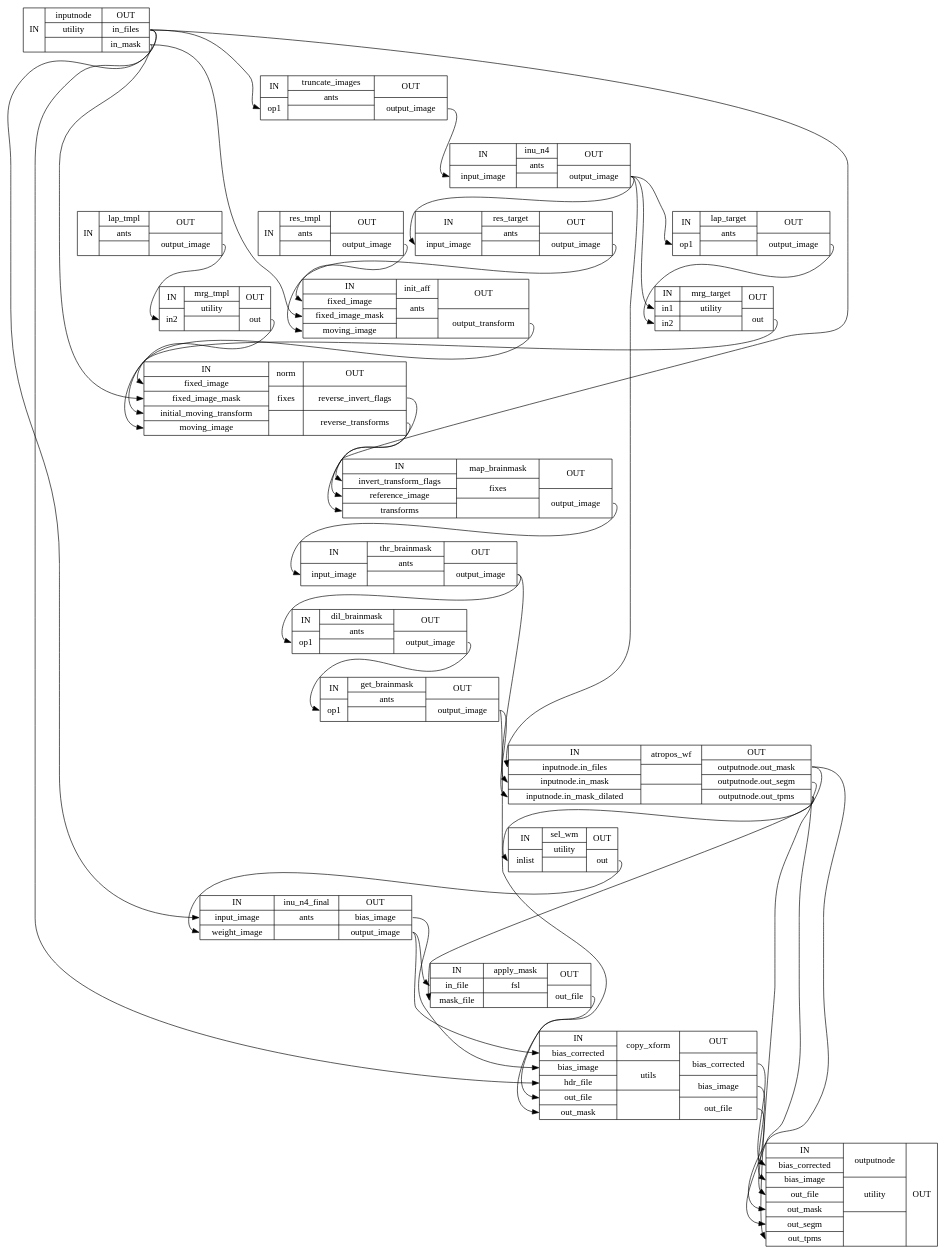
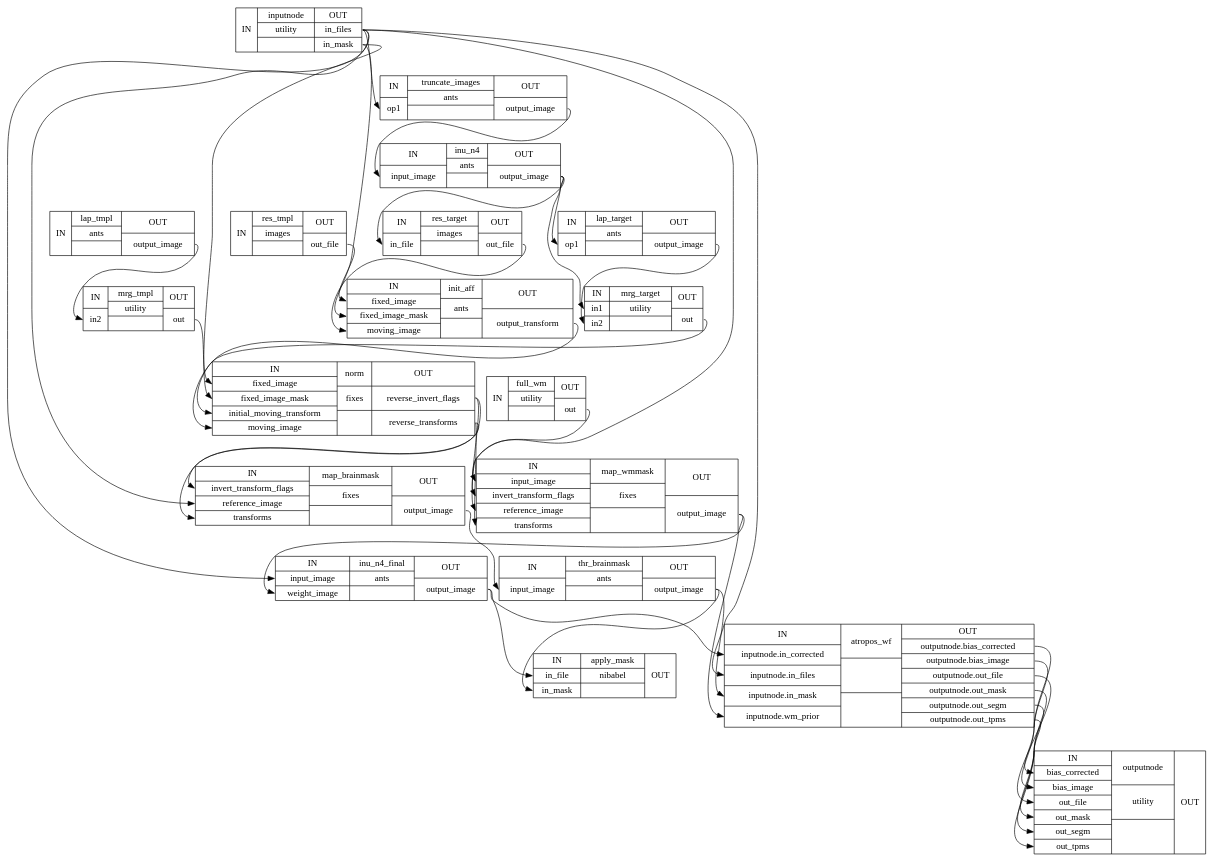
The diagram in 1.2.0/wf_directive/api/brain_extraction_wf/niworkflows-anat-ants-2_detailed.dot (notZaki/niworkflows), drawn with Graphviz before and after one commit. The commit also changed 9539 other files, not shown here.

```diff
--- a/1.2.0/wf_directive/api/brain_extraction_wf/niworkflows-anat-ants-2_detailed.dot
+++ b/1.2.0/wf_directive/api/brain_extraction_wf/niworkflows-anat-ants-2_detailed.dot
@@ -1,63 +1,58 @@
 digraph structs {
 node [shape=record];
 brain_extraction_wflap_tmpl [label="{IN}|{ lap_tmpl | ants |  }|{OUT|<outoutputimage> output_image}"];
 brain_extraction_wfmrg_tmpl [label="{IN|<inin2> in2}|{ mrg_tmpl | utility |  }|{OUT|<outout> out}"];
-brain_extraction_wfres_tmpl [label="{IN}|{ res_tmpl | ants |  }|{OUT|<outoutputimage> output_image}"];
+brain_extraction_wffull_wm [label="{IN}|{ full_wm | utility |  }|{OUT|<outout> out}"];
+brain_extraction_wfres_tmpl [label="{IN}|{ res_tmpl | images |  }|{OUT|<outoutfile> out_file}"];
 brain_extraction_wfinputnode [label="{IN}|{ inputnode | utility |  }|{OUT|<outinfiles> in_files|<outinmask> in_mask}"];
 brain_extraction_wftruncate_images [label="{IN|<inop1> op1}|{ truncate_images | ants |  }|{OUT|<outoutputimage> output_image}"];
 brain_extraction_wfinu_n4 [label="{IN|<ininputimage> input_image}|{ inu_n4 | ants |  }|{OUT|<outoutputimage> output_image}"];
 brain_extraction_wflap_target [label="{IN|<inop1> op1}|{ lap_target | ants |  }|{OUT|<outoutputimage> output_image}"];
 brain_extraction_wfmrg_target [label="{IN|<inin1> in1|<inin2> in2}|{ mrg_target | utility |  }|{OUT|<outout> out}"];
-brain_extraction_wfres_target [label="{IN|<ininputimage> input_image}|{ res_target | ants |  }|{OUT|<outoutputimage> output_image}"];
+brain_extraction_wfres_target [label="{IN|<ininfile> in_file}|{ res_target | images |  }|{OUT|<outoutfile> out_file}"];
 brain_extraction_wfinit_aff [label="{IN|<infixedimage> fixed_image|<infixedimagemask> fixed_image_mask|<inmovingimage> moving_image}|{ init_aff | ants |  }|{OUT|<outoutputtransform> output_transform}"];
 brain_extraction_wfnorm [label="{IN|<infixedimage> fixed_image|<infixedimagemask> fixed_image_mask|<ininitialmovingtransform> initial_moving_transform|<inmovingimage> moving_image}|{ norm | fixes |  }|{OUT|<outreverseinvertflags> reverse_invert_flags|<outreversetransforms> reverse_transforms}"];
+brain_extraction_wfmap_wmmask [label="{IN|<ininputimage> input_image|<ininverttransformflags> invert_transform_flags|<inreferenceimage> reference_image|<intransforms> transforms}|{ map_wmmask | fixes |  }|{OUT|<outoutputimage> output_image}"];
+brain_extraction_wfinu_n4_final [label="{IN|<ininputimage> input_image|<inweightimage> weight_image}|{ inu_n4_final | ants |  }|{OUT|<outoutputimage> output_image}"];
 brain_extraction_wfmap_brainmask [label="{IN|<ininverttransformflags> invert_transform_flags|<inreferenceimage> reference_image|<intransforms> transforms}|{ map_brainmask | fixes |  }|{OUT|<outoutputimage> output_image}"];
 brain_extraction_wfthr_brainmask [label="{IN|<ininputimage> input_image}|{ thr_brainmask | ants |  }|{OUT|<outoutputimage> output_image}"];
-brain_extraction_wfdil_brainmask [label="{IN|<inop1> op1}|{ dil_brainmask | ants |  }|{OUT|<outoutputimage> output_image}"];
-brain_extraction_wfget_brainmask [label="{IN|<inop1> op1}|{ get_brainmask | ants |  }|{OUT|<outoutputimage> output_image}"];
-brain_extraction_wfatropos_wf [label="{IN|<ininputnodeinfiles> inputnode.in_files|<ininputnodeinmask> inputnode.in_mask|<ininputnodeinmaskdilated> inputnode.in_mask_dilated}|{ atropos_wf |  |  }|{OUT|<outoutputnodeoutmask> outputnode.out_mask|<outoutputnodeoutsegm> outputnode.out_segm|<outoutputnodeouttpms> outputnode.out_tpms}"];
-brain_extraction_wfsel_wm [label="{IN|<ininlist> inlist}|{ sel_wm | utility |  }|{OUT|<outout> out}"];
-brain_extraction_wfinu_n4_final [label="{IN|<ininputimage> input_image|<inweightimage> weight_image}|{ inu_n4_final | ants |  }|{OUT|<outbiasimage> bias_image|<outoutputimage> output_image}"];
-brain_extraction_wfapply_mask [label="{IN|<ininfile> in_file|<inmaskfile> mask_file}|{ apply_mask | fsl |  }|{OUT|<outoutfile> out_file}"];
-brain_extraction_wfcopy_xform [label="{IN|<inbiascorrected> bias_corrected|<inbiasimage> bias_image|<inhdrfile> hdr_file|<inoutfile> out_file|<inoutmask> out_mask}|{ copy_xform | utils |  }|{OUT|<outbiascorrected> bias_corrected|<outbiasimage> bias_image|<outoutfile> out_file}"];
+brain_extraction_wfatropos_wf [label="{IN|<ininputnodeincorrected> inputnode.in_corrected|<ininputnodeinfiles> inputnode.in_files|<ininputnodeinmask> inputnode.in_mask|<ininputnodewmprior> inputnode.wm_prior}|{ atropos_wf |  |  }|{OUT|<outoutputnodebiascorrected> outputnode.bias_corrected|<outoutputnodebiasimage> outputnode.bias_image|<outoutputnodeoutfile> outputnode.out_file|<outoutputnodeoutmask> outputnode.out_mask|<outoutputnodeoutsegm> outputnode.out_segm|<outoutputnodeouttpms> outputnode.out_tpms}"];
 brain_extraction_wfoutputnode [label="{IN|<inbiascorrected> bias_corrected|<inbiasimage> bias_image|<inoutfile> out_file|<inoutmask> out_mask|<inoutsegm> out_segm|<inouttpms> out_tpms}|{ outputnode | utility |  }|{OUT}"];
-brain_extraction_wfapply_mask:outoutfile:e -> brain_extraction_wfcopy_xform:inoutfile:w;
-brain_extraction_wfatropos_wf:outoutputnodeoutmask:e -> brain_extraction_wfapply_mask:inmaskfile:w;
+brain_extraction_wfapply_mask [label="{IN|<ininfile> in_file|<ininmask> in_mask}|{ apply_mask | nibabel |  }|{OUT}"];
+brain_extraction_wfatropos_wf:outoutputnodebiascorrected:e -> brain_extraction_wfoutputnode:inbiascorrected:w;
+brain_extraction_wfatropos_wf:outoutputnodebiasimage:e -> brain_extraction_wfoutputnode:inbiasimage:w;
+brain_extraction_wfatropos_wf:outoutputnodeoutfile:e -> brain_extraction_wfoutputnode:inoutfile:w;
 brain_extraction_wfatropos_wf:outoutputnodeoutmask:e -> brain_extraction_wfoutputnode:inoutmask:w;
 brain_extraction_wfatropos_wf:outoutputnodeoutsegm:e -> brain_extraction_wfoutputnode:inoutsegm:w;
 brain_extraction_wfatropos_wf:outoutputnodeouttpms:e -> brain_extraction_wfoutputnode:inouttpms:w;
-brain_extraction_wfatropos_wf:outoutputnodeouttpms:e -> brain_extraction_wfsel_wm:ininlist:w;
-brain_extraction_wfcopy_xform:outbiascorrected:e -> brain_extraction_wfoutputnode:inbiascorrected:w;
-brain_extraction_wfcopy_xform:outbiasimage:e -> brain_extraction_wfoutputnode:inbiasimage:w;
-brain_extraction_wfcopy_xform:outoutfile:e -> brain_extraction_wfoutputnode:inoutfile:w;
-brain_extraction_wfdil_brainmask:outoutputimage:e -> brain_extraction_wfget_brainmask:inop1:w;
-brain_extraction_wfget_brainmask:outoutputimage:e -> brain_extraction_wfatropos_wf:ininputnodeinmaskdilated:w;
-brain_extraction_wfget_brainmask:outoutputimage:e -> brain_extraction_wfcopy_xform:inoutmask:w;
+brain_extraction_wffull_wm:outout:e -> brain_extraction_wfmap_wmmask:ininputimage:w;
 brain_extraction_wfinit_aff:outoutputtransform:e -> brain_extraction_wfnorm:ininitialmovingtransform:w;
-brain_extraction_wfinputnode:outinfiles:e -> brain_extraction_wfcopy_xform:inhdrfile:w;
+brain_extraction_wfinputnode:outinfiles:e -> brain_extraction_wfatropos_wf:ininputnodeinfiles:w;
 brain_extraction_wfinputnode:outinfiles:e -> brain_extraction_wfinu_n4_final:ininputimage:w;
 brain_extraction_wfinputnode:outinfiles:e -> brain_extraction_wfmap_brainmask:inreferenceimage:w;
+brain_extraction_wfinputnode:outinfiles:e -> brain_extraction_wfmap_wmmask:inreferenceimage:w;
 brain_extraction_wfinputnode:outinfiles:e -> brain_extraction_wftruncate_images:inop1:w;
 brain_extraction_wfinputnode:outinmask:e -> brain_extraction_wfinit_aff:infixedimagemask:w;
 brain_extraction_wfinputnode:outinmask:e -> brain_extraction_wfnorm:infixedimagemask:w;
-brain_extraction_wfinu_n4:outoutputimage:e -> brain_extraction_wfatropos_wf:ininputnodeinfiles:w;
 brain_extraction_wfinu_n4:outoutputimage:e -> brain_extraction_wflap_target:inop1:w;
 brain_extraction_wfinu_n4:outoutputimage:e -> brain_extraction_wfmrg_target:inin1:w;
-brain_extraction_wfinu_n4:outoutputimage:e -> brain_extraction_wfres_target:ininputimage:w;
-brain_extraction_wfinu_n4_final:outbiasimage:e -> brain_extraction_wfcopy_xform:inbiasimage:w;
+brain_extraction_wfinu_n4:outoutputimage:e -> brain_extraction_wfres_target:ininfile:w;
 brain_extraction_wfinu_n4_final:outoutputimage:e -> brain_extraction_wfapply_mask:ininfile:w;
-brain_extraction_wfinu_n4_final:outoutputimage:e -> brain_extraction_wfcopy_xform:inbiascorrected:w;
+brain_extraction_wfinu_n4_final:outoutputimage:e -> brain_extraction_wfatropos_wf:ininputnodeincorrected:w;
 brain_extraction_wflap_target:outoutputimage:e -> brain_extraction_wfmrg_target:inin2:w;
 brain_extraction_wflap_tmpl:outoutputimage:e -> brain_extraction_wfmrg_tmpl:inin2:w;
 brain_extraction_wfmap_brainmask:outoutputimage:e -> brain_extraction_wfthr_brainmask:ininputimage:w;
+brain_extraction_wfmap_wmmask:outoutputimage:e -> brain_extraction_wfatropos_wf:ininputnodewmprior:w;
+brain_extraction_wfmap_wmmask:outoutputimage:e -> brain_extraction_wfinu_n4_final:inweightimage:w;
 brain_extraction_wfmrg_target:outout:e -> brain_extraction_wfnorm:inmovingimage:w;
 brain_extraction_wfmrg_tmpl:outout:e -> brain_extraction_wfnorm:infixedimage:w;
 brain_extraction_wfnorm:outreverseinvertflags:e -> brain_extraction_wfmap_brainmask:ininverttransformflags:w;
+brain_extraction_wfnorm:outreverseinvertflags:e -> brain_extraction_wfmap_wmmask:ininverttransformflags:w;
 brain_extraction_wfnorm:outreversetransforms:e -> brain_extraction_wfmap_brainmask:intransforms:w;
-brain_extraction_wfres_target:outoutputimage:e -> brain_extraction_wfinit_aff:inmovingimage:w;
-brain_extraction_wfres_tmpl:outoutputimage:e -> brain_extraction_wfinit_aff:infixedimage:w;
-brain_extraction_wfsel_wm:outout:e -> brain_extraction_wfinu_n4_final:inweightimage:w;
+brain_extraction_wfnorm:outreversetransforms:e -> brain_extraction_wfmap_wmmask:intransforms:w;
+brain_extraction_wfres_target:outoutfile:e -> brain_extraction_wfinit_aff:inmovingimage:w;
+brain_extraction_wfres_tmpl:outoutfile:e -> brain_extraction_wfinit_aff:infixedimage:w;
+brain_extraction_wfthr_brainmask:outoutputimage:e -> brain_extraction_wfapply_mask:ininmask:w;
 brain_extraction_wfthr_brainmask:outoutputimage:e -> brain_extraction_wfatropos_wf:ininputnodeinmask:w;
-brain_extraction_wfthr_brainmask:outoutputimage:e -> brain_extraction_wfdil_brainmask:inop1:w;
 brain_extraction_wftruncate_images:outoutputimage:e -> brain_extraction_wfinu_n4:ininputimage:w;
 }
```
